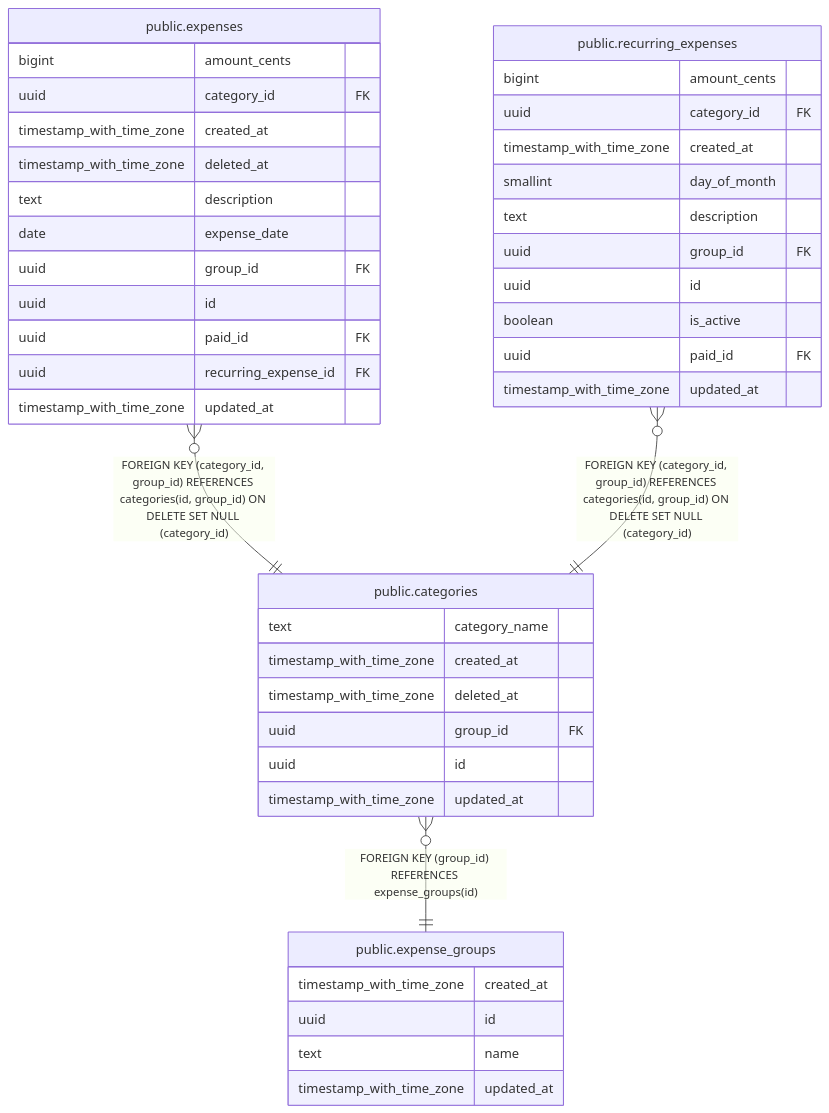
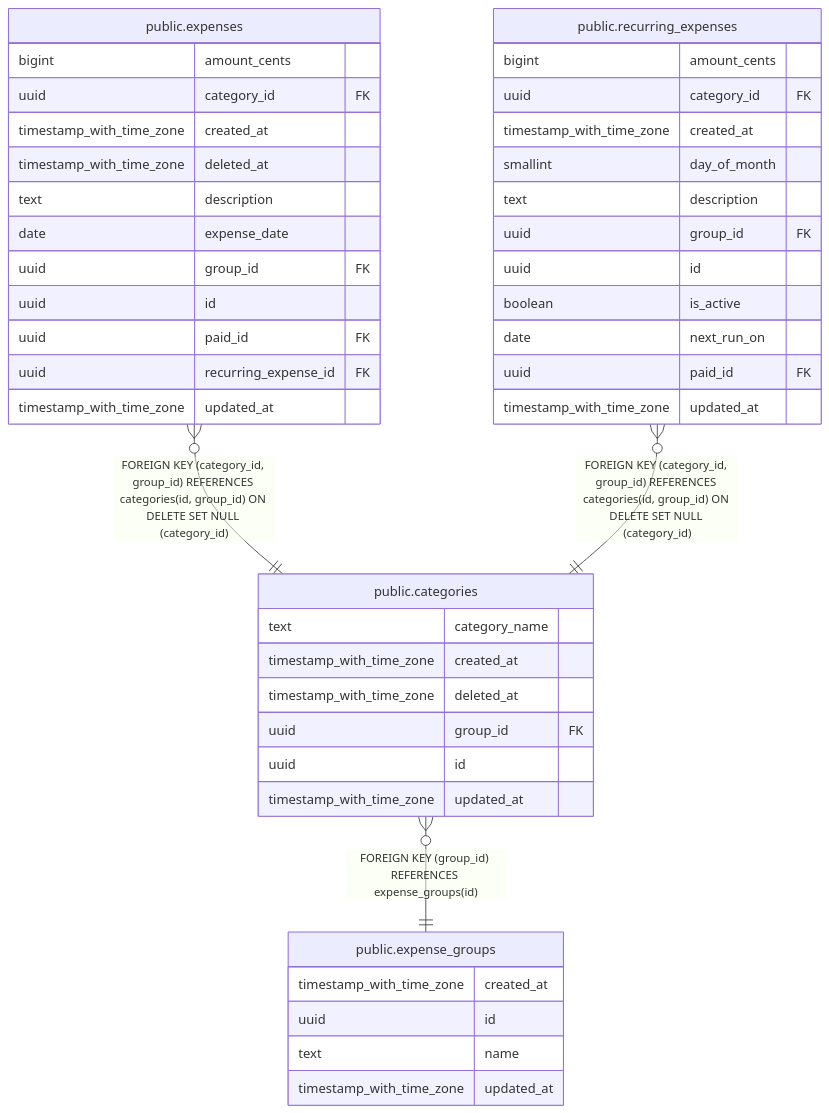
One commit to sergio9900/hestia changed the diagram in docs/database/public.categories.md. Above: the diagram before and after it, drawn with Mermaid. The commit also changed 7 other files, not shown here.

````diff
--- a/docs/database/public.categories.md
+++ b/docs/database/public.categories.md
@@ -44,47 +44,48 @@
 ```mermaid
 erDiagram
 
 "public.categories" }o--|| "public.expense_groups" : "FOREIGN KEY (group_id) REFERENCES expense_groups(id)"
 "public.expenses" }o--|| "public.categories" : "FOREIGN KEY (category_id, group_id) REFERENCES categories(id, group_id) ON DELETE SET NULL (category_id)"
 "public.recurring_expenses" }o--|| "public.categories" : "FOREIGN KEY (category_id, group_id) REFERENCES categories(id, group_id) ON DELETE SET NULL (category_id)"
 
 "public.categories" {
   text category_name
   timestamp_with_time_zone created_at
   timestamp_with_time_zone deleted_at
   uuid group_id FK
   uuid id
   timestamp_with_time_zone updated_at
 }
 "public.expense_groups" {
   timestamp_with_time_zone created_at
   uuid id
   text name
   timestamp_with_time_zone updated_at
 }
 "public.expenses" {
   bigint amount_cents
   uuid category_id FK
   timestamp_with_time_zone created_at
   timestamp_with_time_zone deleted_at
   text description
   date expense_date
   uuid group_id FK
   uuid id
   uuid paid_id FK
   uuid recurring_expense_id FK
   timestamp_with_time_zone updated_at
 }
 "public.recurring_expenses" {
   bigint amount_cents
   uuid category_id FK
   timestamp_with_time_zone created_at
   smallint day_of_month
   text description
   uuid group_id FK
   uuid id
   boolean is_active
+  date next_run_on
   uuid paid_id FK
   timestamp_with_time_zone updated_at
 }
 ```
````
